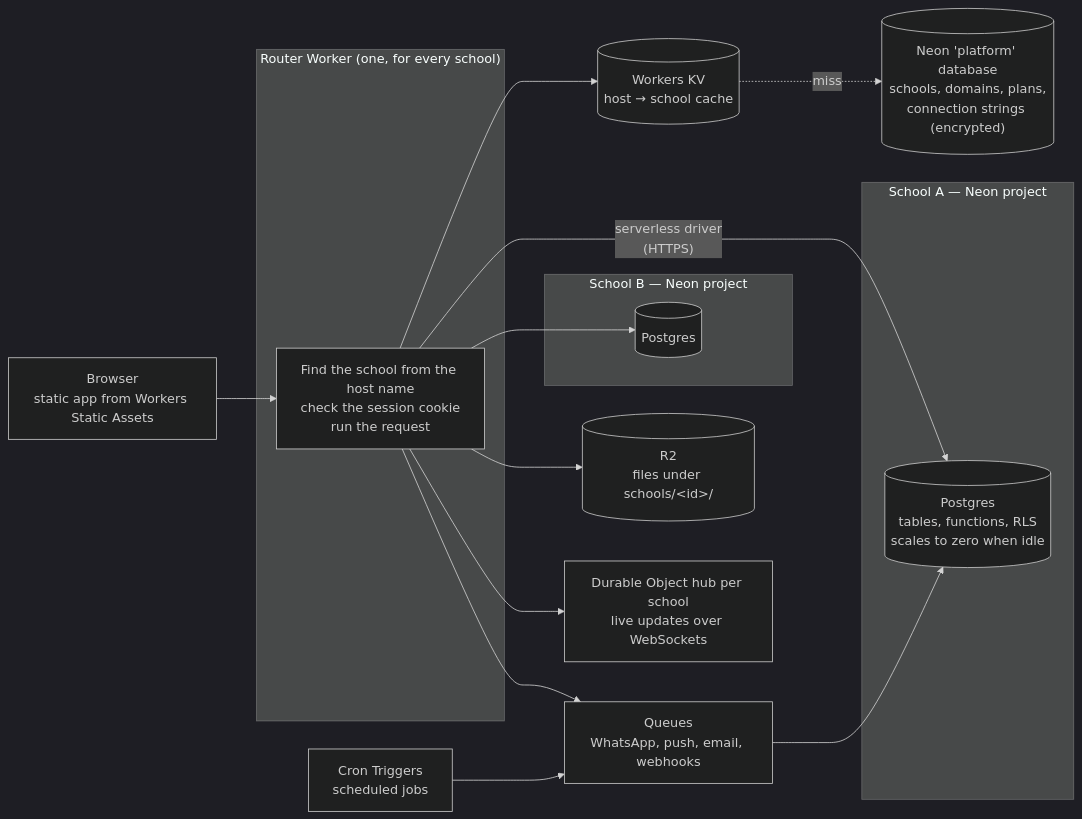
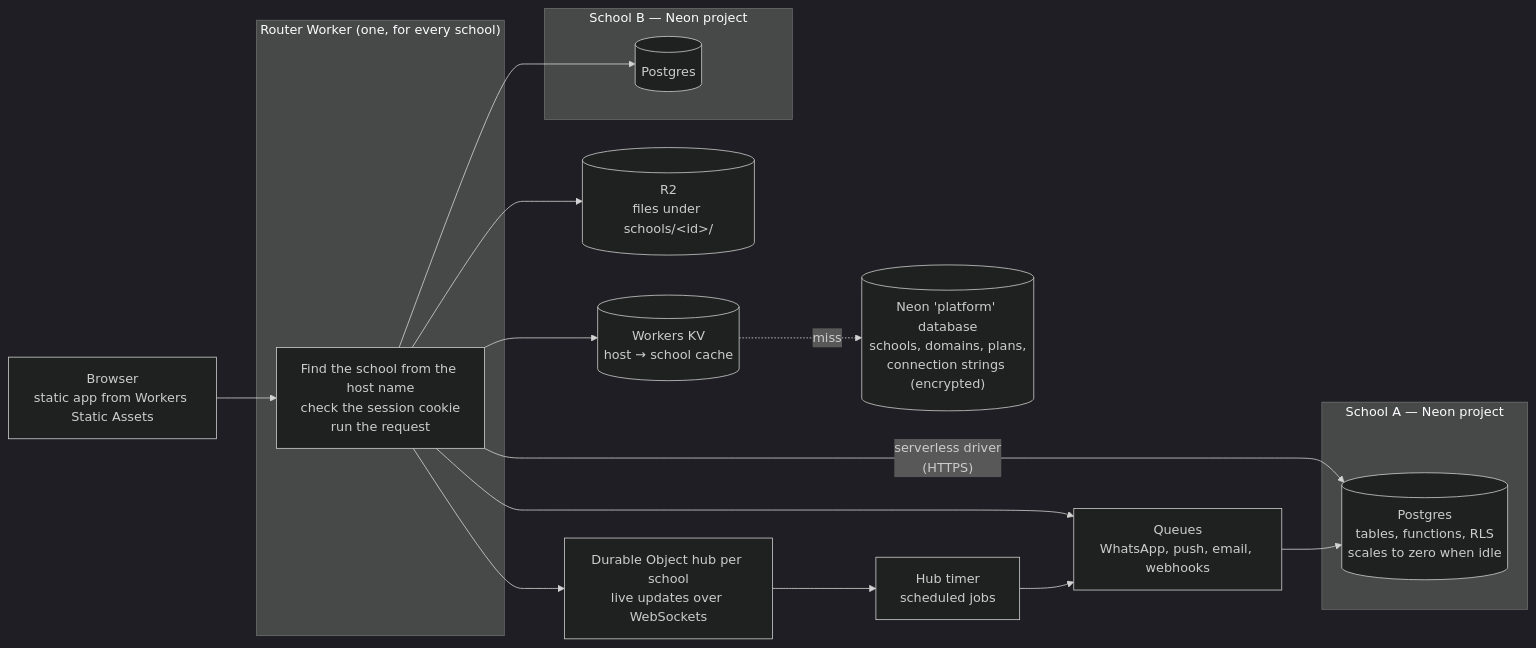
Before and after one commit to Arran0/EduBerry_2026: the diagram in docs/cloudflare-rebuild/01-architecture-options.md, drawn with Mermaid (dark theme). The commit also changed other lines of this file and 10 other files, not shown here.

````diff
--- a/docs/cloudflare-rebuild/01-architecture-options.md
+++ b/docs/cloudflare-rebuild/01-architecture-options.md
@@ -107,29 +107,29 @@
 ```mermaid
 flowchart LR
   browser["Browser<br/>static app from Workers Static Assets"]
   subgraph edge["Router Worker (one, for every school)"]
     route["Find the school from the host name<br/>check the session cookie<br/>run the request"]
   end
   kv[("Workers KV<br/>host → school cache")]
   plat[("Neon 'platform' database<br/>schools, domains, plans,<br/>connection strings (encrypted)")]
   subgraph schoolA["School A — Neon project"]
     pga[("Postgres<br/>tables, functions, RLS<br/>scales to zero when idle")]
   end
   subgraph schoolB["School B — Neon project"]
     pgb[("Postgres")]
   end
   hub["Durable Object hub per school<br/>live updates over WebSockets"]
   r2[("R2<br/>files under schools/&lt;id&gt;/")]
   q["Queues<br/>WhatsApp, push, email, webhooks"]
-  cron["Cron Triggers<br/>scheduled jobs"]
+  cron["Hub timer<br/>scheduled jobs"]
   browser --> route
   route --> kv
   kv -. miss .-> plat
   route -- "serverless driver<br/>(HTTPS)" --> pga
   route --> pgb
   route --> r2
   route --> hub
   route --> q
-  cron --> q
+  hub --> cron --> q
   q --> pga
 ```
````
